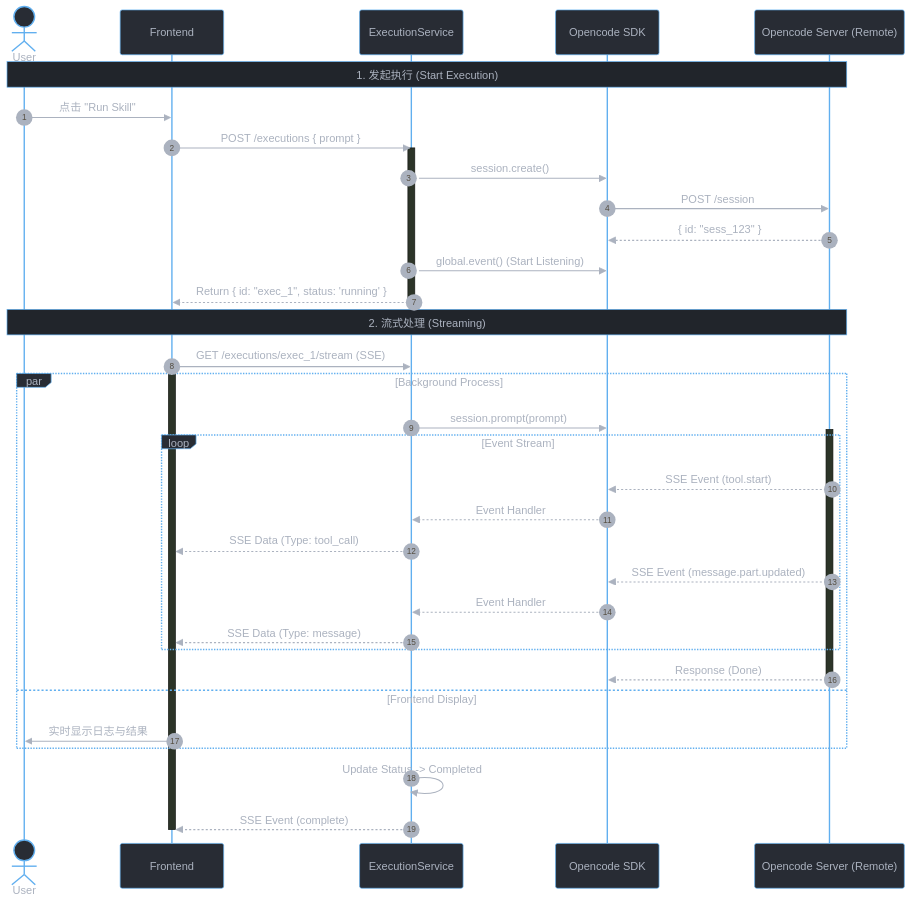
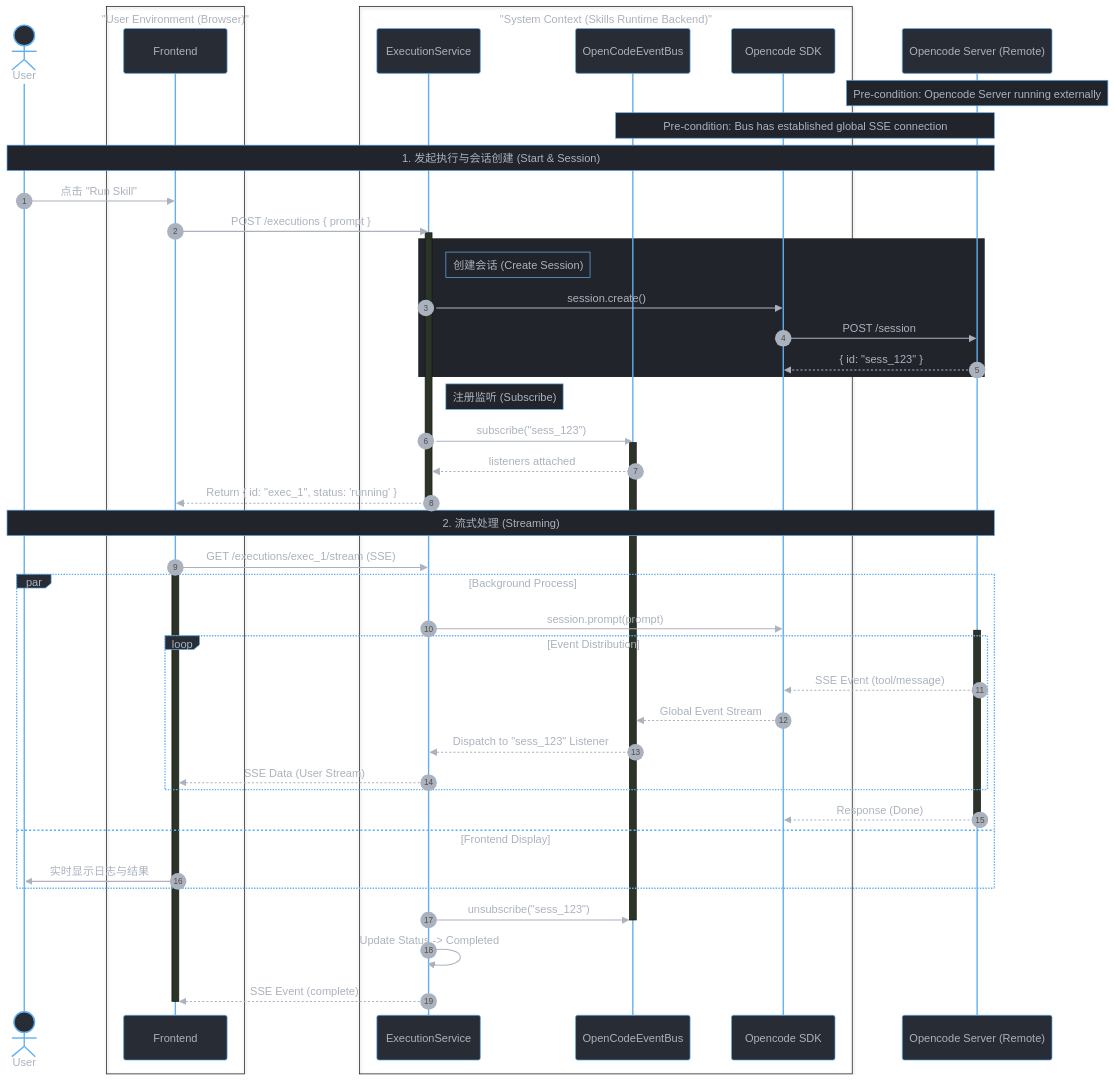
One commit to lzhshen/claude-skills-runtime-poc changed the third of 3 diagrams in docs/project_architecture_analysis.md. Above: the diagram before and after it, drawn with Mermaid. The commit also changed other lines of this file and 10 other files, not shown here.

Commit message:
refactor: implement SSE streaming for skill execution logs

````diff
--- a/docs/project_architecture_analysis.md
+++ b/docs/project_architecture_analysis.md
@@ -113,55 +134,73 @@
 ```mermaid
 %%{init: {'theme': 'base', 'themeVariables': { 'primaryColor': '#282c34', 'edgeLabelBackground':'#282c34', 'mainBkg': '#282c34', 'primaryTextColor': '#abb2bf', 'lineColor': '#abb2bf', 'tertiaryColor': '#21252b', 'clusterBkg': '#21252b', 'clusterBorder': '#61afef', 'fontFamily': 'arial', 'actorBkg': '#282c34', 'actorBorder': '#61afef', 'actorTextColor': '#abb2bf', 'signalColor': '#abb2bf', 'signalTextColor': '#abb2bf', 'noteBkgColor': '#21252b', 'noteTextColor': '#abb2bf', 'noteBorderColor': '#61afef'}}}%%
 sequenceDiagram
     autonumber
     actor User
-    participant FE as Frontend
-    participant ES as ExecutionService
-    participant SDK as Opencode SDK
+
+    box "User Environment (Browser)" #21252b
+        participant FE as Frontend
+    end
+
+    box "System Context (Skills Runtime Backend)" #282c34
+        participant ES as ExecutionService
+        participant Bus as OpenCodeEventBus
+        participant SDK as Opencode SDK
+    end
+
     participant Server as Opencode Server (Remote)
 
-    %% 1. Start Execution
-    Note over User, Server: 1. 发起执行 (Start Execution)
+    Note over Server: Pre-condition: Opencode Server running externally
+    Note over Bus, Server: Pre-condition: Bus has established global SSE connection
+
+    %% 1. Start Execution & Session Setup
+    Note over User, Server: 1. 发起执行与会话创建 (Start & Session)
     User->>FE: 点击 "Run Skill"
     FE->>ES: POST /executions { prompt }
     
     activate ES
-    ES->>SDK: session.create()
-    SDK->>Server: POST /session
-    Server-->>SDK: { id: "sess_123" }
     
-    ES->>SDK: global.event() (Start Listening)
+    rect rgb(33, 37, 43)
+        Note right of ES: 创建会话 (Create Session)
+        ES->>SDK: session.create()
+        SDK->>Server: POST /session
+        Server-->>SDK: { id: "sess_123" }
+    end
+    
+    Note right of ES: 注册监听 (Subscribe)
+    ES->>Bus: subscribe("sess_123")
+    activate Bus
+    Bus-->>ES: listeners attached
     
     ES-->>FE: Return { id: "exec_1", status: 'running' }
     deactivate ES
     
     %% 2. Streaming & Processing
     Note over User, Server: 2. 流式处理 (Streaming)
     
     FE->>ES: GET /executions/exec_1/stream (SSE)
     activate FE
     
     par Background Process
         ES->>SDK: session.prompt(prompt)
         activate Server
         
-        loop Event Stream
-            Server-->>SDK: SSE Event (tool.start)
-            SDK-->>ES: Event Handler
-            ES-->>FE: SSE Data (Type: tool_call)
-            
-            Server-->>SDK: SSE Event (message.part.updated)
-            SDK-->>ES: Event Handler
-            ES-->>FE: SSE Data (Type: message)
+        loop Event Distribution
+            Server-->>SDK: SSE Event (tool/message)
+            SDK-->>Bus: Global Event Stream
+            Bus-->>ES: Dispatch to "sess_123" Listener
+            ES-->>FE: SSE Data (User Stream)
         end
         
         Server-->>SDK: Response (Done)
         deactivate Server
     and Frontend Display
         FE->>User: 实时显示日志与结果
     end
     
+    ES->>Bus: unsubscribe("sess_123")
+    deactivate Bus
+    
     ES->>ES: Update Status -> Completed
     ES-->>FE: SSE Event (complete)
     deactivate FE
 ```
````
